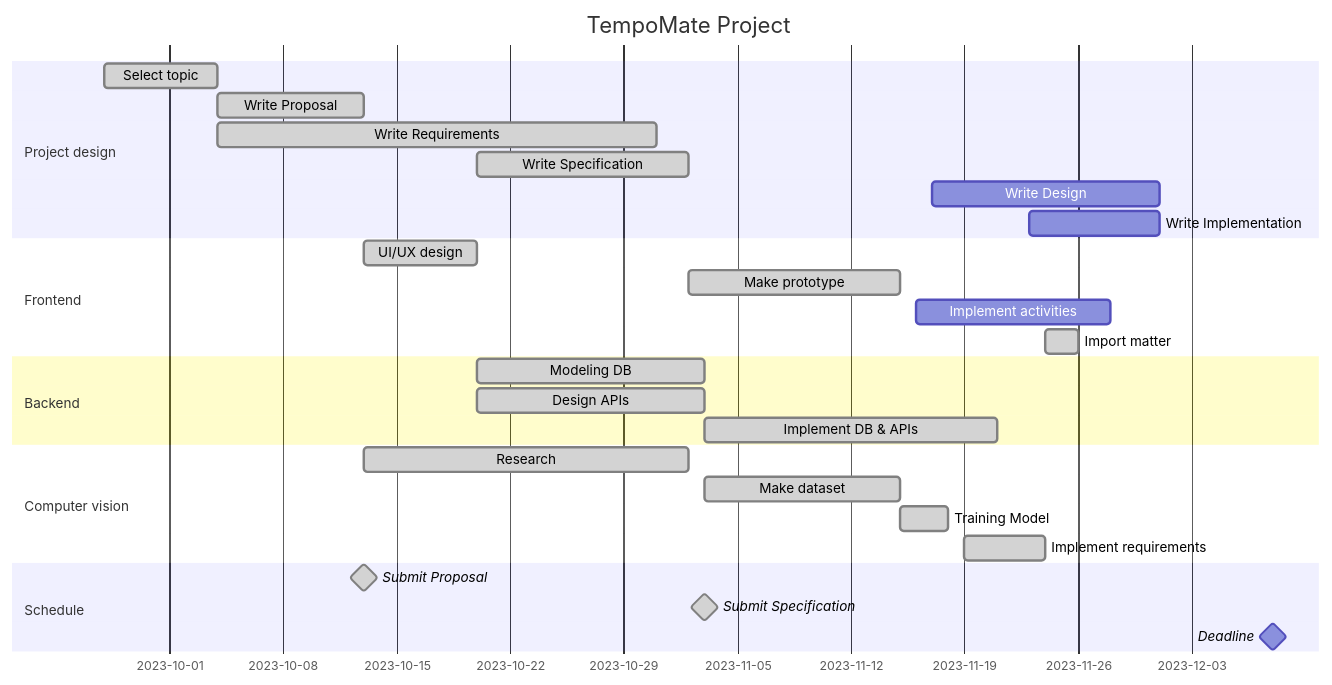
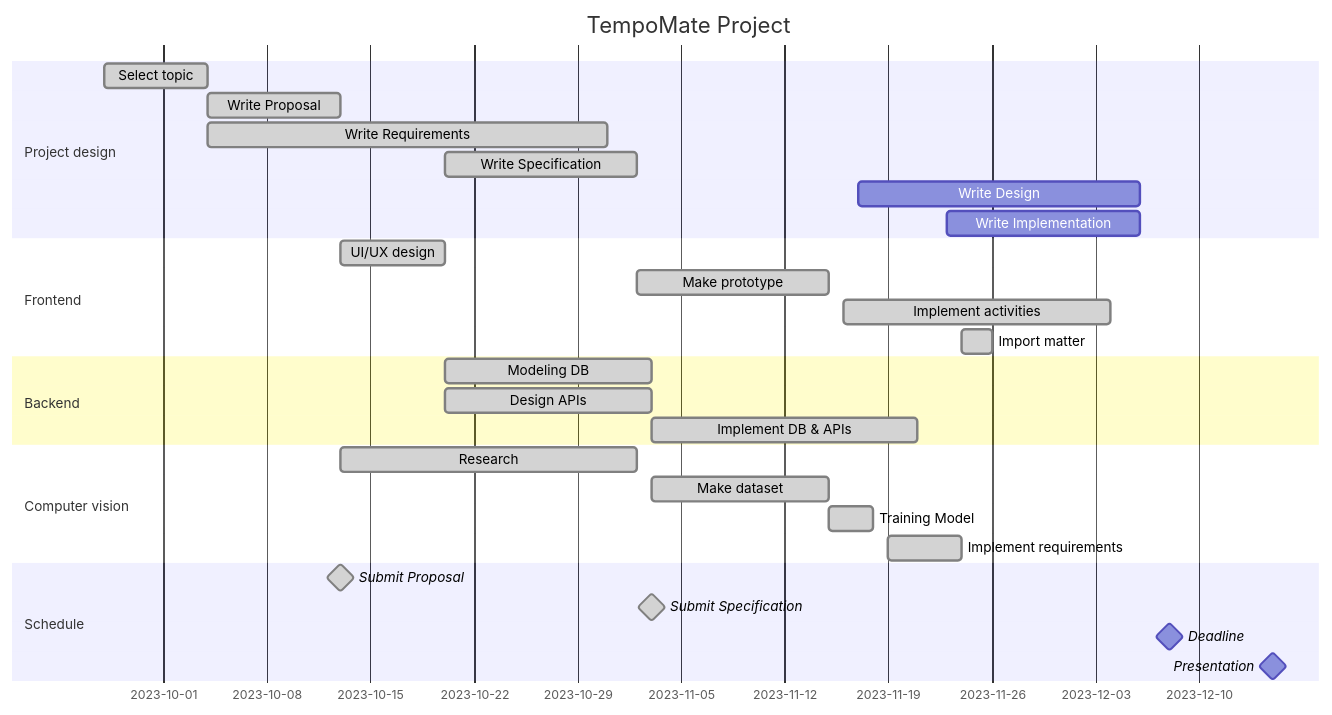
The diagram in profile/README.md (se-tmp/.github), drawn with Mermaid before and after one commit. The commit also changed other lines of this file, not shown here.

````diff
--- a/profile/README.md
+++ b/profile/README.md
@@ -7,35 +6,36 @@
 ```mermaid
 gantt
     title TempoMate Project
     dateFormat  YYYY-MM-DD
 
     section Project design
         Select topic            :done,                2023-09-27, 2023-10-04
         Write Proposal          :done,                2023-10-04, 2023-10-13
         Write Requirements      :done,                2023-10-04, 2023-10-31
         Write Specification     :done,                2023-10-20, 2023-11-02
-        Write Design            :                     2023-11-17, 2023-12-01
-        Write Implementation    :                     2023-11-23, 2023-12-01
+        Write Design            :                     2023-11-17, 2023-12-06
+        Write Implementation    :                     2023-11-23, 2023-12-06
 
     section Frontend
         UI/UX design            :done,                2023-10-13, 2023-10-20
         Make prototype          :done,                2023-11-02, 2023-11-15
-        Implement activities    :                     2023-11-16, 2023-11-28
+        Implement activities    :done,                2023-11-16, 2023-12-04
         Import matter           :done,                2023-11-24, 2023-11-26
         
     section Backend
         Modeling DB             :done,                2023-10-20, 2023-11-03    
         Design APIs             :done,                2023-10-20, 2023-11-03
         Implement DB & APIs     :done,                2023-11-03, 2023-11-21
 
     section Computer vision
         Research                :done,                2023-10-13, 2023-11-02
         Make dataset            :done,                2023-11-03, 2023-11-15
         Training Model          :done,                2023-11-15, 2023-11-18
         Implement requirements  :done,                2023-11-19, 2023-11-24
 
     section Schedule
         Submit Proposal         :milestone, done,     2023-10-13, 2023-10-13
         Submit Specification    :milestone, done,     2023-11-03, 2023-11-03
         Deadline                :milestone,           2023-12-08, 2023-12-08
+        Presentation            :milestone,           2023-12-15, 2023-12-15
 ```
````
